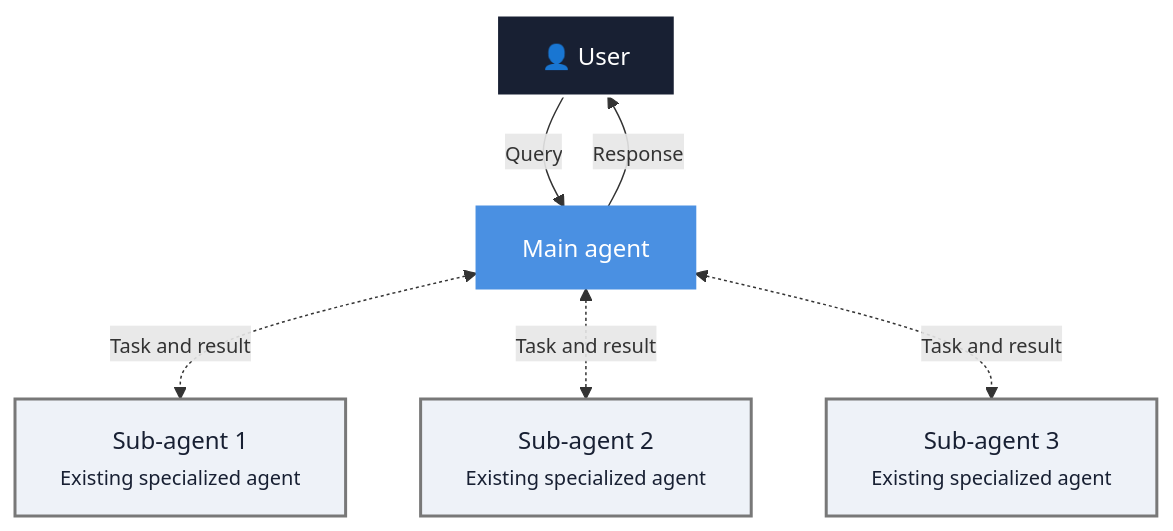
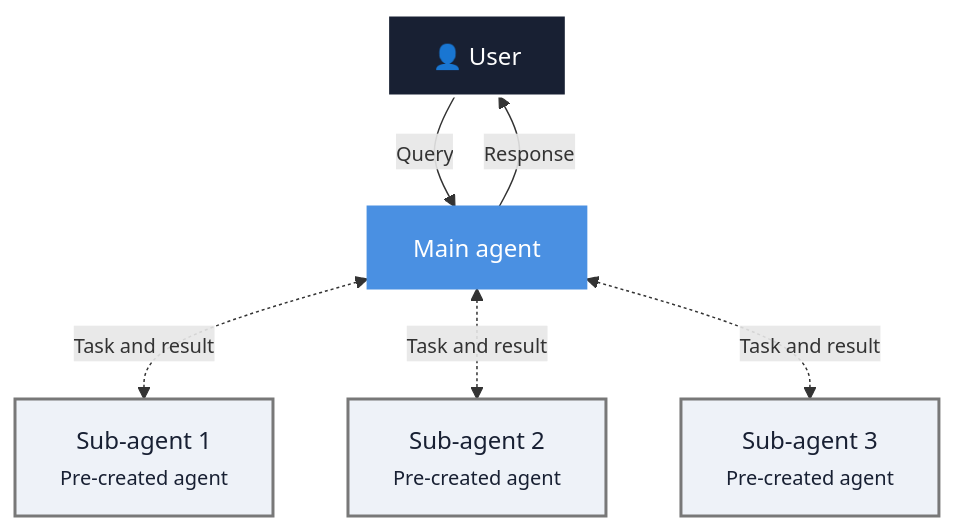
One commit to vectara/vectara-docs changed the diagram in www/docs/agents/subagent-tool.md. Above: the diagram before and after it, drawn with Mermaid. The commit also changed other lines of this file, not shown here.

Commit message:
Diagram update

````diff
--- a/www/docs/agents/subagent-tool.md
+++ b/www/docs/agents/subagent-tool.md
@@ -27,31 +27,31 @@
 ```mermaid
 flowchart TB
   %% User
   User["👤 User"]
 
   %% Parent Agent
   ParentAgent["Main agent"]
 
   %% Sub-agents
-  SubAgent1["Sub-agent 1<br><small>Existing specialized agent</small>"]
-  SubAgent2["Sub-agent 2<br><small>Existing specialized agent</small>"]
-  SubAgent3["Sub-agent 3<br><small>Existing specialized agent</small>"]
+  SubAgent1["Sub-agent 1<br><small>Pre-created agent</small>"]
+  SubAgent2["Sub-agent 2<br><small>Pre-created agent</small>"]
+  SubAgent3["Sub-agent 3<br><small>Pre-created agent</small>"]
 
   %% Flow
   User -->|"<small>Query</small>"| ParentAgent
 
   ParentAgent <-.-> |<small>Task and result</small>| SubAgent1
   ParentAgent <-.-> |<small>Task and result</small>| SubAgent2
   ParentAgent <-.-> |<small>Task and result</small>| SubAgent3
 
   ParentAgent -->|"<small>Response</small>"| User
 
   %% Styling
   classDef userStyle fill:#182033,color:#fff,stroke:#fff,stroke-width:2px;
   classDef parentStyle fill:#4A90E2,color:#fff,stroke:#4A90E2,stroke-width:2px;
   classDef subagentStyle fill:#EEF2F8,color:#182033,stroke:#787878,stroke-width:2px;
 
   class User userStyle;
   class ParentAgent parentStyle;
   class SubAgent1,SubAgent2,SubAgent3 subagentStyle;
 ```
````
